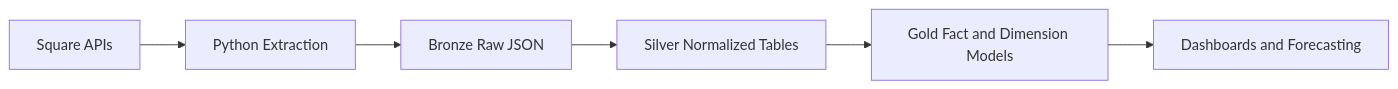
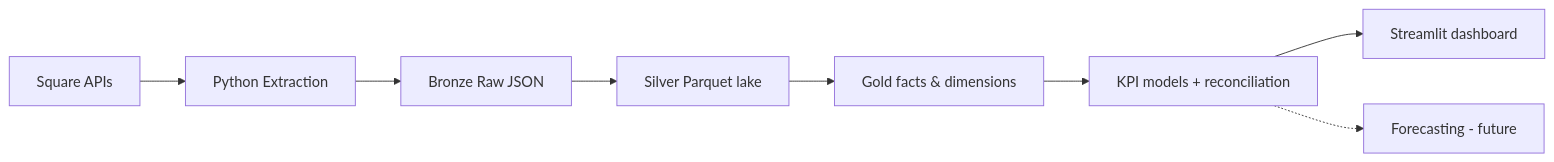
Before and after one commit to christhesyrian/retailpulse-data-platform: the diagram in README.md, drawn with Mermaid. The commit also changed other lines of this file and 3 other files, not shown here.

First line of the commit message:
docs: document M4 KPI models, reconciliation, and dashboard

````diff
--- a/README.md
+++ b/README.md
@@ -27,8 +27,10 @@
 ```mermaid
 flowchart LR
     A[Square APIs] --> B[Python Extraction]
     B --> C[Bronze Raw JSON]
-    C --> D[Silver Normalized Tables]
-    D --> E[Gold Fact and Dimension Models]
-    E --> F[Dashboards and Forecasting]
+    C --> D[Silver Parquet lake]
+    D --> E[Gold facts & dimensions]
+    E --> K[KPI models + reconciliation]
+    K --> F[Streamlit dashboard]
+    K -.-> G[Forecasting - future]
 ```
````
